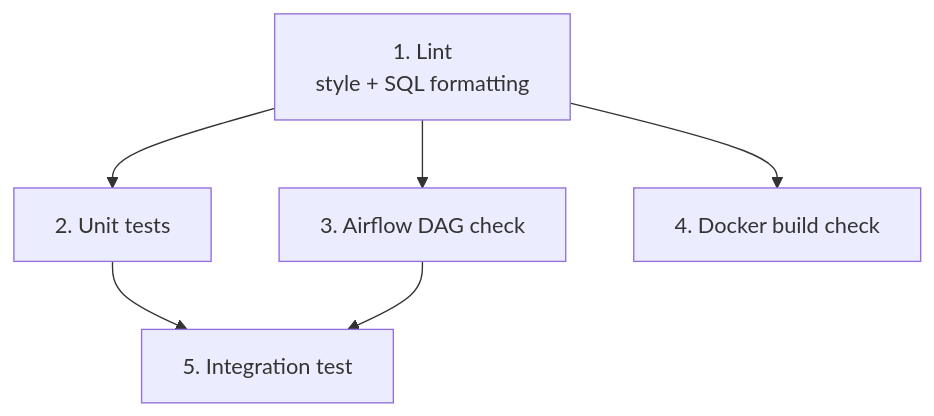
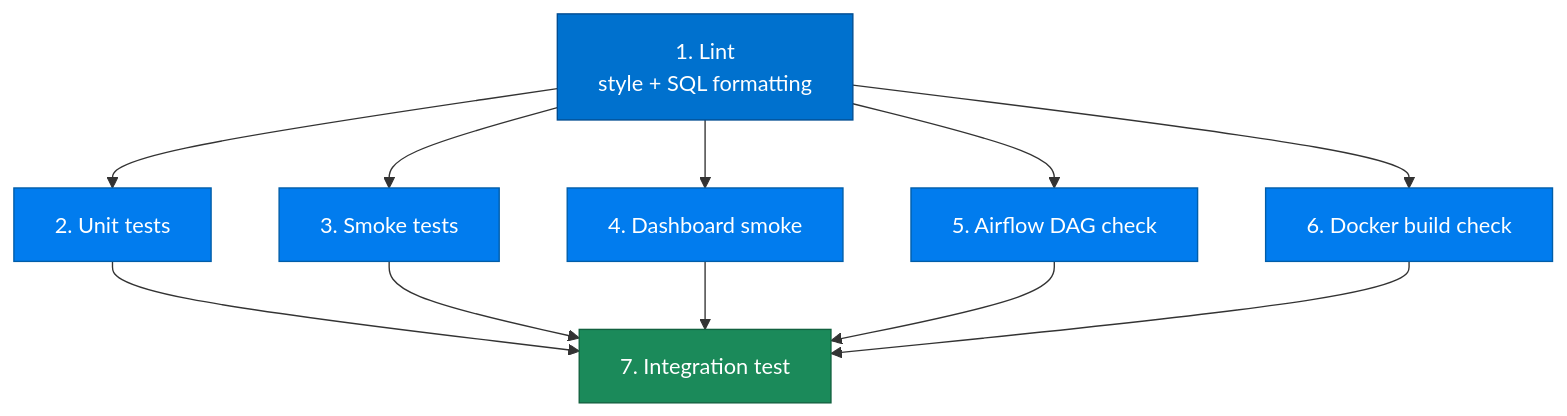
One commit to Nitinx12/DBT-Medallion-Pipeline changed the second of 4 diagrams in docs/ci-cd.md. Above: the diagram before and after it, drawn with Mermaid. The commit also changed other lines of this file and 2 other files, not shown here.

First line of the commit message:
docs: color mermaid diagrams and fix attached counts

````diff
--- a/docs/ci-cd.md
+++ b/docs/ci-cd.md
@@ -29,9 +36,21 @@
 ```mermaid
 flowchart TD
     LINT["1. Lint<br/>style + SQL formatting"]
     LINT --> UNIT["2. Unit tests"]
-    LINT --> DAG["3. Airflow DAG check"]
-    LINT --> BUILD["4. Docker build check"]
-    UNIT --> INT["5. Integration test"]
+    LINT --> SMOKE["3. Smoke tests"]
+    LINT --> DASH["4. Dashboard smoke"]
+    LINT --> DAG["5. Airflow DAG check"]
+    LINT --> BUILD["6. Docker build check"]
+    UNIT --> INT["7. Integration test"]
+    SMOKE --> INT
+    DASH --> INT
     DAG --> INT
+    BUILD --> INT
+
+    classDef gate fill:#0071CE,color:#fff,stroke:#004C91
+    classDef check fill:#017CEE,color:#fff,stroke:#015da8
+    classDef live fill:#1B8A5A,color:#fff,stroke:#11603e
+    class LINT gate
+    class UNIT,SMOKE,DASH,DAG,BUILD check
+    class INT live
 ```
````
